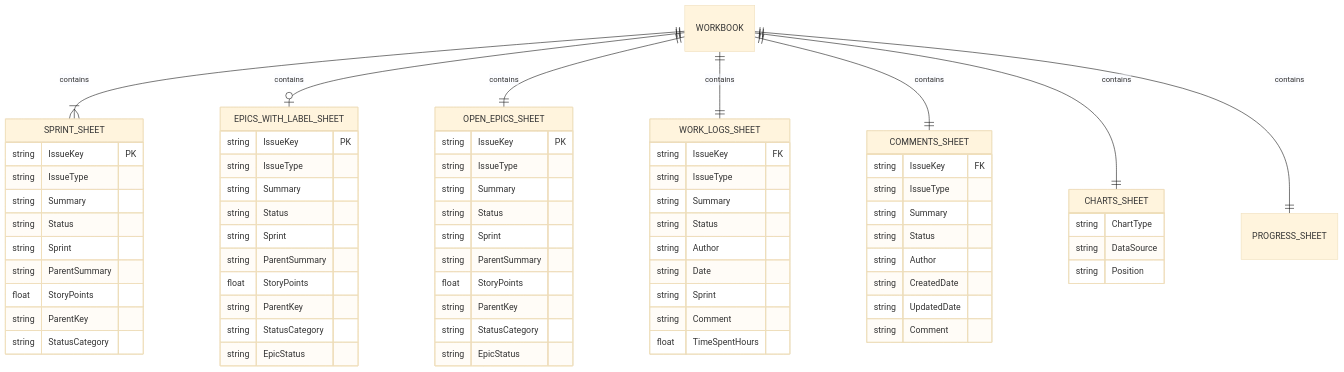
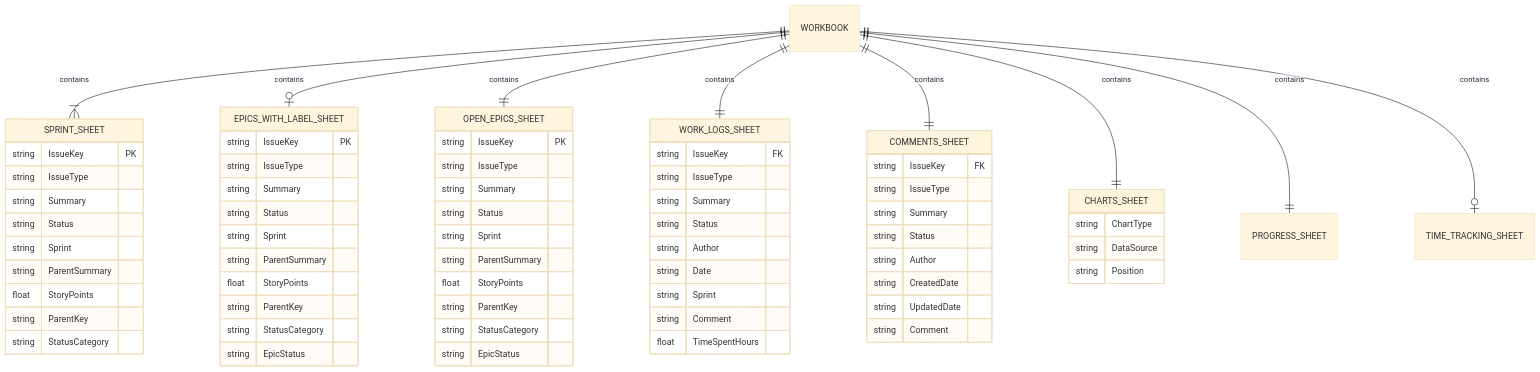
The first of 7 diagrams in docs/database.md (felipe-stanham/Jira-API-Extractor), drawn with Mermaid (base theme) before and after one commit. The commit also changed other lines of this file and 3 other files, not shown here.

````diff
--- a/docs/database.md
+++ b/docs/database.md
@@ -9,77 +9,78 @@
 ```mermaid
 erDiagram
     WORKBOOK ||--|{ SPRINT_SHEET : contains
     WORKBOOK ||--o| EPICS_WITH_LABEL_SHEET : contains
     WORKBOOK ||--|| OPEN_EPICS_SHEET : contains
     WORKBOOK ||--|| WORK_LOGS_SHEET : contains
     WORKBOOK ||--|| COMMENTS_SHEET : contains
     WORKBOOK ||--|| CHARTS_SHEET : contains
     WORKBOOK ||--|| PROGRESS_SHEET : contains
+    WORKBOOK ||--o| TIME_TRACKING_SHEET : contains
     
     SPRINT_SHEET {
         string IssueKey PK
         string IssueType
         string Summary
         string Status
         string Sprint
         string ParentSummary
         float StoryPoints
         string ParentKey
         string StatusCategory
     }
     
     EPICS_WITH_LABEL_SHEET {
         string IssueKey PK
         string IssueType
         string Summary
         string Status
         string Sprint
         string ParentSummary
         float StoryPoints
         string ParentKey
         string StatusCategory
         string EpicStatus
     }
     
     OPEN_EPICS_SHEET {
         string IssueKey PK
         string IssueType
         string Summary
         string Status
         string Sprint
         string ParentSummary
         float StoryPoints
         string ParentKey
         string StatusCategory
         string EpicStatus
     }
     
     WORK_LOGS_SHEET {
         string IssueKey FK
         string IssueType
         string Summary
         string Status
         string Author
         string Date
         string Sprint
         string Comment
         float TimeSpentHours
     }
     
     COMMENTS_SHEET {
         string IssueKey FK
         string IssueType
         string Summary
         string Status
         string Author
         string CreatedDate
         string UpdatedDate
         string Comment
     }
     
     CHARTS_SHEET {
         string ChartType
         string DataSource
         string Position
     }
 ```
````
